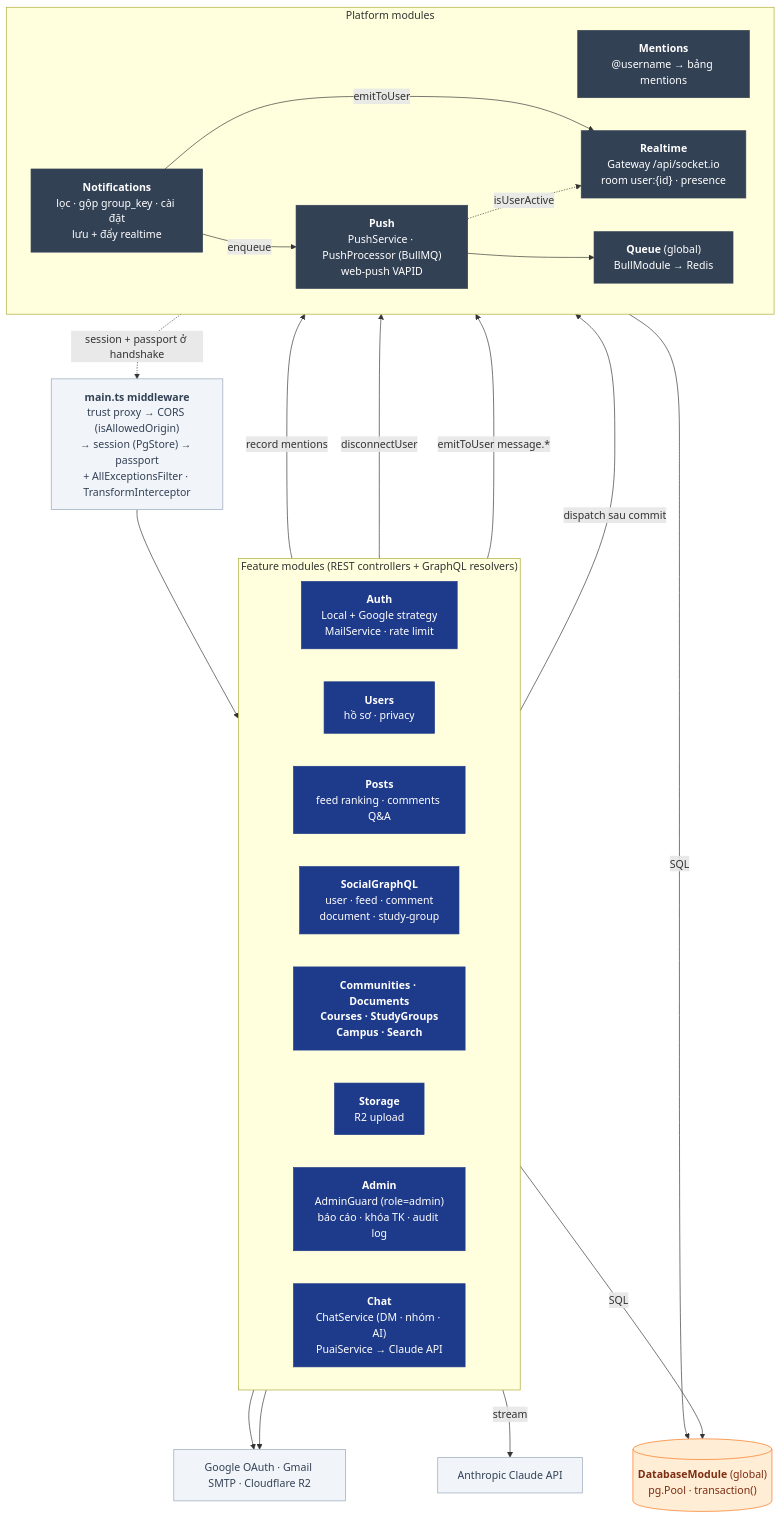
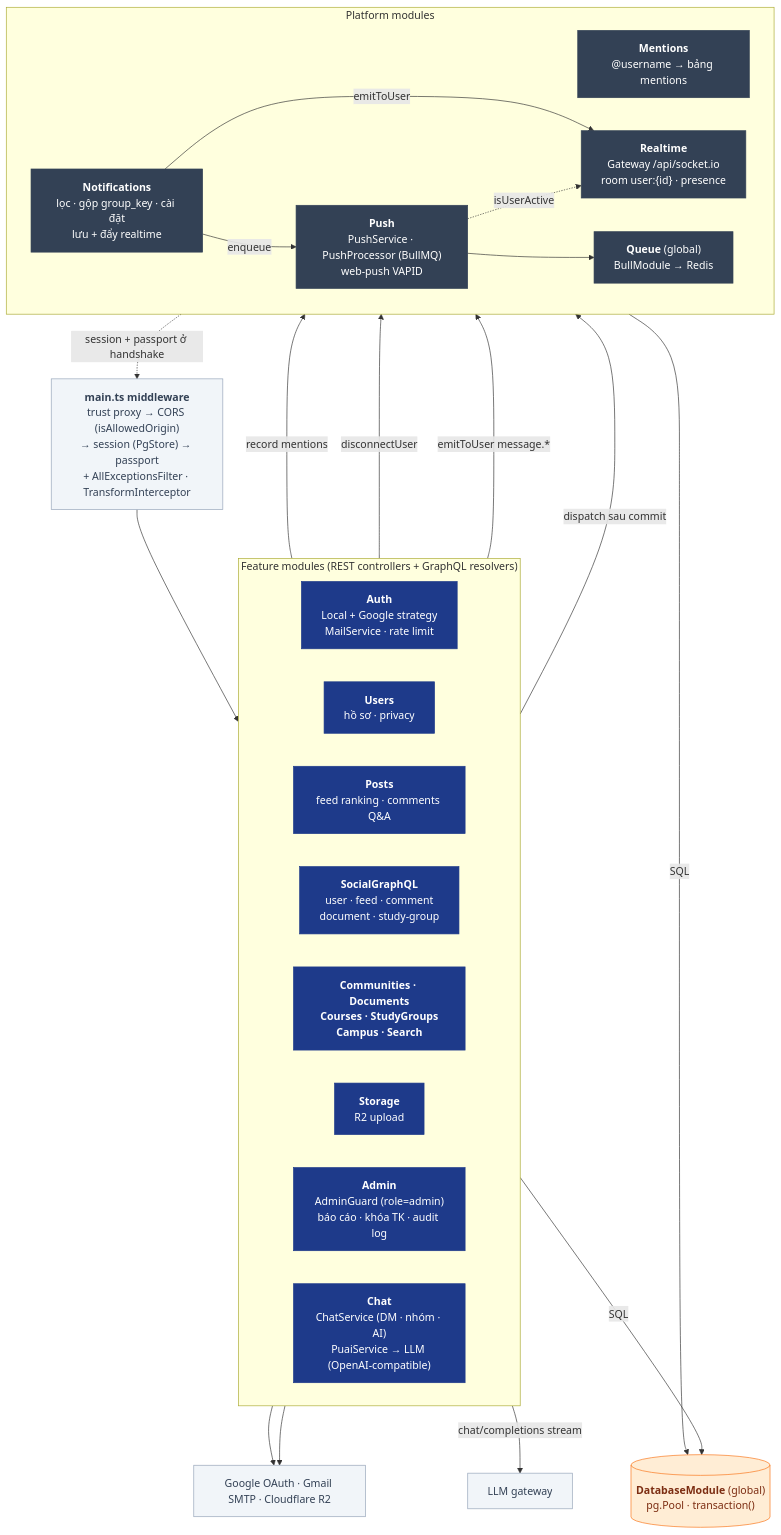
Before and after one commit to nhatcoi/pu-connect: the diagram in docs/diagrams/03-api-components.md, drawn with Mermaid. The commit also changed other lines of this file and 6 other files, not shown here.

Commit message:
docs: PU AI uses an OpenAI-compatible gateway

````diff
--- a/docs/diagrams/03-api-components.md
+++ b/docs/diagrams/03-api-components.md
@@ -7,50 +7,50 @@
 ```mermaid
 flowchart TB
   mw["<b>main.ts middleware</b><br/>trust proxy → CORS (isAllowedOrigin)<br/>→ session (PgStore) → passport<br/>+ AllExceptionsFilter · TransformInterceptor"]
 
   subgraph Feature["Feature modules (REST controllers + GraphQL resolvers)"]
     direction LR
     auth["<b>Auth</b><br/>Local + Google strategy<br/>MailService · rate limit"]
     users["<b>Users</b><br/>hồ sơ · privacy"]
     posts["<b>Posts</b><br/>feed ranking · comments Q&A"]
     gql["<b>SocialGraphQL</b><br/>user · feed · comment<br/>document · study-group"]
     others["<b>Communities · Documents<br/>Courses · StudyGroups<br/>Campus · Search</b>"]
     storage["<b>Storage</b><br/>R2 upload"]
     admin["<b>Admin</b><br/>AdminGuard (role=admin)<br/>báo cáo · khóa TK · audit log"]
-    chat["<b>Chat</b><br/>ChatService (DM · nhóm · AI)<br/>PuaiService → Claude API"]
+    chat["<b>Chat</b><br/>ChatService (DM · nhóm · AI)<br/>PuaiService → LLM (OpenAI-compatible)"]
   end
 
   subgraph Platform["Platform modules"]
     direction LR
     mentions["<b>Mentions</b><br/>@username → bảng mentions"]
     notif["<b>Notifications</b><br/>lọc · gộp group_key · cài đặt<br/>lưu + đẩy realtime"]
     rt["<b>Realtime</b><br/>Gateway /api/socket.io<br/>room user:{id} · presence"]
     push["<b>Push</b><br/>PushService · PushProcessor (BullMQ)<br/>web-push VAPID"]
     queue["<b>Queue</b> (global)<br/>BullModule → Redis"]
   end
 
   db[("<b>DatabaseModule</b> (global)<br/>pg.Pool · transaction()")]
   ext["Google OAuth · Gmail SMTP · Cloudflare R2"]
 
   mw --> Feature
   posts -->|record mentions| mentions
   Feature -->|dispatch sau commit| notif -->|emitToUser| rt
   notif -->|enqueue| push --> queue
   push -. isUserActive .-> rt
   rt -. session + passport ở handshake .-> mw
   Feature -->|SQL| db
   Platform -->|SQL| db
   auth & storage --> ext
   admin -->|disconnectUser| rt
   chat -->|emitToUser message.*| rt
-  chat -->|stream| llm["Anthropic Claude API"]
+  chat -->|chat/completions stream| llm["LLM gateway"]
 
   classDef mod fill:#1e3a8a,stroke:#1e3a8a,color:#fff
   classDef plat fill:#334155,stroke:#334155,color:#fff
   classDef store fill:#ffedd5,stroke:#f97316,color:#7c2d12
   classDef external fill:#f1f5f9,stroke:#94a3b8,color:#334155
   class auth,users,posts,communities,others,storage,gql,admin,chat mod
   class mentions,notif,rt,push,queue plat
   class db store
   class ext,mw,llm external
 ```
````
